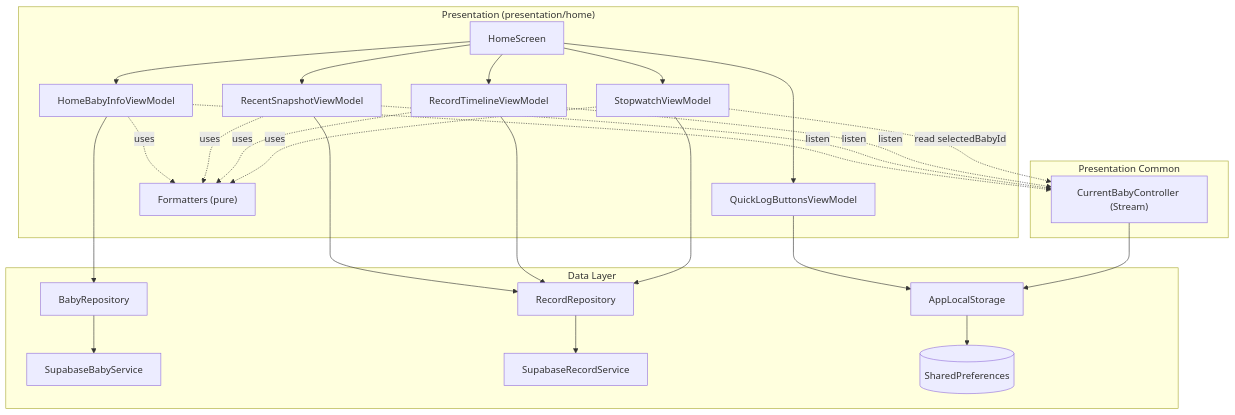
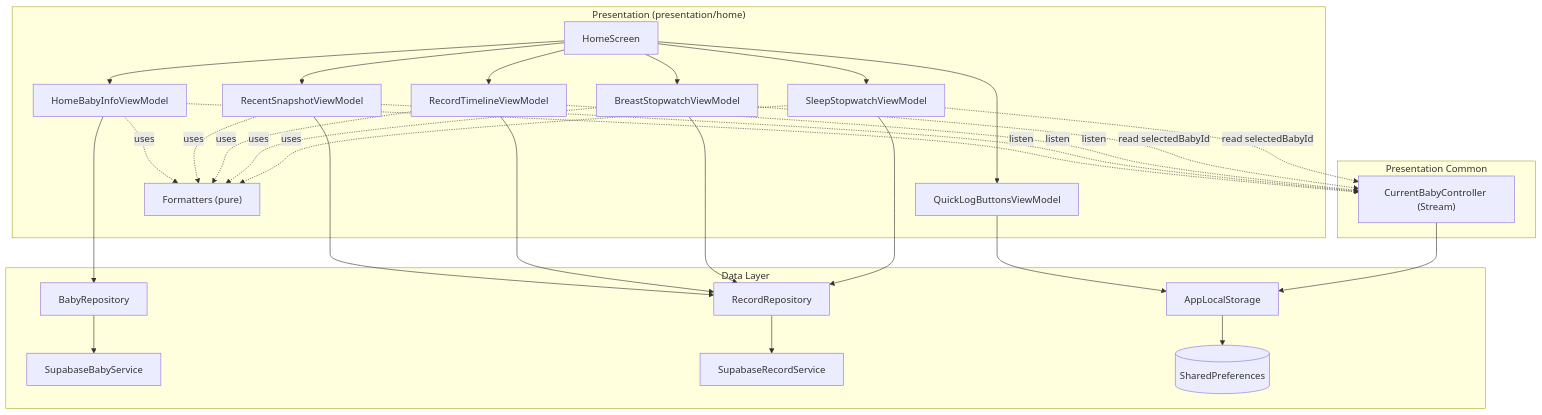
One commit to f-lab-edu/yuktoe changed the diagram in lib/docs/plans/home_presentation_plan.md. Above: the diagram before and after it, drawn with Mermaid. The commit also changed other lines of this file and 1 other file, not shown here.

````diff
--- a/lib/docs/plans/home_presentation_plan.md
+++ b/lib/docs/plans/home_presentation_plan.md
@@ -100,42 +230,45 @@
 ```mermaid
 graph TD
   subgraph Presentation["Presentation (presentation/home)"]
     HS[HomeScreen]
     A[HomeBabyInfoViewModel]
     C[RecentSnapshotViewModel]
     E[RecordTimelineViewModel]
-    D[StopwatchViewModel]
+    DB[BreastStopwatchViewModel]
+    DS[SleepStopwatchViewModel]
     B[QuickLogButtonsViewModel]
     F["Formatters (pure)"]
   end
 
   subgraph Shared["Presentation Common"]
     CBC["CurrentBabyController (Stream)"]
   end
 
   subgraph Data["Data Layer"]
     BR[BabyRepository]
     RR[RecordRepository]
     ALS[AppLocalStorage]
     BS[SupabaseBabyService]
     RS[SupabaseRecordService]
     SP[(SharedPreferences)]
   end
 
-  HS --> A & B & C & D & E
+  HS --> A & B & C & E & DB & DS
   A --> BR
   C --> RR
   E --> RR
-  D --> RR
+  DB --> RR
+  DS --> RR
   B --> ALS
   A -. listen .-> CBC
   C -. listen .-> CBC
   E -. listen .-> CBC
-  D -. read selectedBabyId .-> CBC
-  A & C & E & D -.uses.-> F
+  DB -. read selectedBabyId .-> CBC
+  DS -. read selectedBabyId .-> CBC
+  A & C & E & DB & DS -.uses.-> F
 
   CBC --> ALS
   BR --> BS
   RR --> RS
   ALS --> SP
 ```
````
